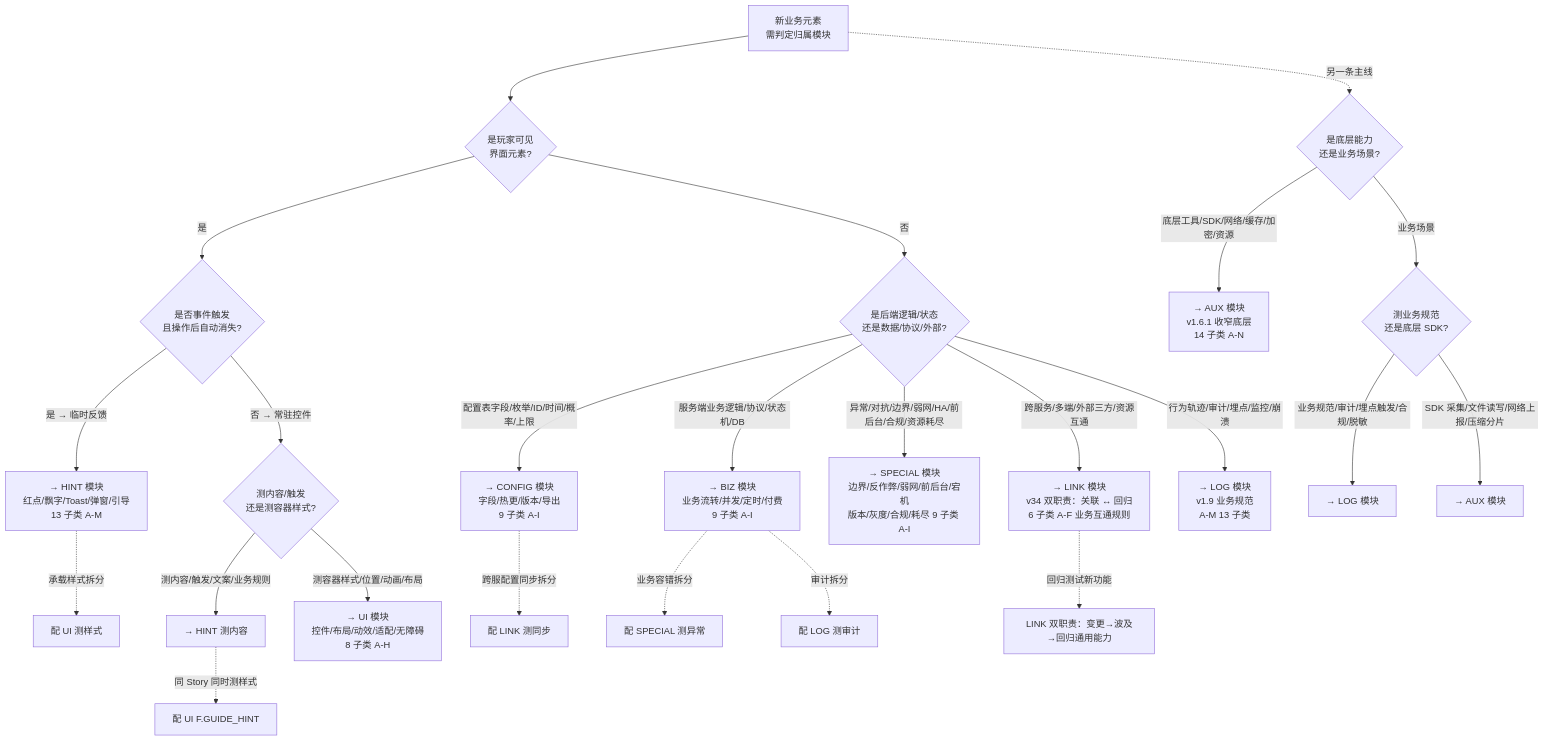
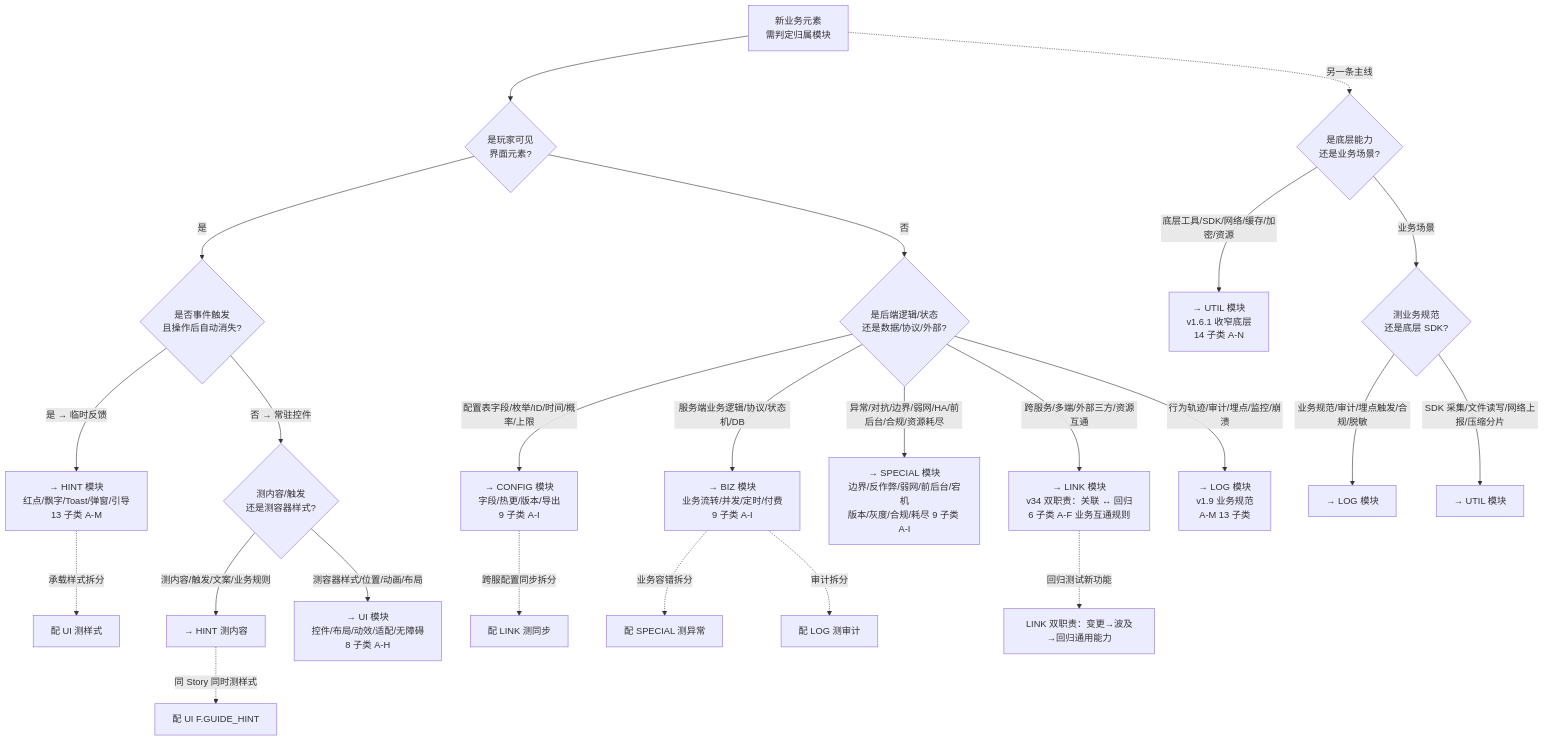
Before and after one commit to SilenceInsect/AIDocxWorkFlow: the diagram in knowledge/public/module_templates/_decision_tree.md, drawn with Mermaid. The commit also changed other lines of this file and 191 other files, not shown here.

First line of the commit message:
refactor: replace AUX with UTIL across entire codebase

````diff
--- a/knowledge/public/module_templates/_decision_tree.md
+++ b/knowledge/public/module_templates/_decision_tree.md
@@ -14,38 +14,38 @@
 ```mermaid
 flowchart TD
     Start[新业务元素<br>需判定归属模块] --> Q1{是玩家可见<br>界面元素?}
 
     Q1 -->|是| Q2{是否事件触发<br>且操作后自动消失?}
     Q2 -->|是 → 临时反馈| HINT[→ HINT 模块<br>红点/飘字/Toast/弹窗/引导<br>13 子类 A-M]
     Q2 -->|否 → 常驻控件| Q3{测内容/触发<br>还是测容器样式?}
     Q3 -->|测内容/触发/文案/业务规则| HINT_HINT[→ HINT 测内容]
     Q3 -->|测容器样式/位置/动画/布局| UI[→ UI 模块<br>控件/布局/动效/适配/无障碍<br>8 子类 A-H]
     HINT_HINT -.->|同 Story 同时测样式| UI_Assist[配 UI F.GUIDE_HINT]
 
     Q1 -->|否| Q4{是后端逻辑/状态<br>还是数据/协议/外部?}
 
     Q4 -->|配置表字段/枚举/ID/时间/概率/上限| CONFIG[→ CONFIG 模块<br>字段/热更/版本/导出<br>9 子类 A-I]
 
     Q4 -->|服务端业务逻辑/协议/状态机/DB| BIZ[→ BIZ 模块<br>业务流转/并发/定时/付费<br>9 子类 A-I]
 
     Q4 -->|异常/对抗/边界/弱网/HA/前后台/合规/资源耗尽| SPECIAL[→ SPECIAL 模块<br>边界/反作弊/弱网/前后台/宕机<br>版本/灰度/合规/耗尽 9 子类 A-I]
 
     Q4 -->|跨服务/多端/外部三方/资源互通| LINK[→ LINK 模块<br>v34 双职责：关联 ↔ 回归<br>6 子类 A-F 业务互通规则]
 
     Q4 -->|行为轨迹/审计/埋点/监控/崩溃| LOG[→ LOG 模块<br>v1.9 业务规范<br>A-M 13 子类]
 
     Start -.->|另一条主线| Q5{是底层能力<br>还是业务场景?}
 
-    Q5 -->|底层工具/SDK/网络/缓存/加密/资源| AUX[→ AUX 模块<br>v1.6.1 收窄底层<br>14 子类 A-N]
+    Q5 -->|底层工具/SDK/网络/缓存/加密/资源| UTIL[→ UTIL 模块<br>v1.6.1 收窄底层<br>14 子类 A-N]
 
     Q5 -->|业务场景| Q6{测业务规范<br>还是底层 SDK?}
 
     Q6 -->|业务规范/审计/埋点触发/合规/脱敏| LOG_FROM_AUX[→ LOG 模块]
-    Q6 -->|SDK 采集/文件读写/网络上报/压缩分片| AUX_FROM_LOG[→ AUX 模块]
+    Q6 -->|SDK 采集/文件读写/网络上报/压缩分片| AUX_FROM_LOG[→ UTIL 模块]
 
     HINT -.->|承载样式拆分| UI_SPLIT[配 UI 测样式]
     BIZ -.->|业务容错拆分| SPECIAL_SPLIT[配 SPECIAL 测异常]
     CONFIG -.->|跨服配置同步拆分| LINK_SPLIT[配 LINK 测同步]
     BIZ -.->|审计拆分| LOG_SPLIT[配 LOG 测审计]
     LINK -.->|回归测试新功能| LINK_REGRESS[LINK 双职责：变更→波及→回归通用能力]
 ```
````
